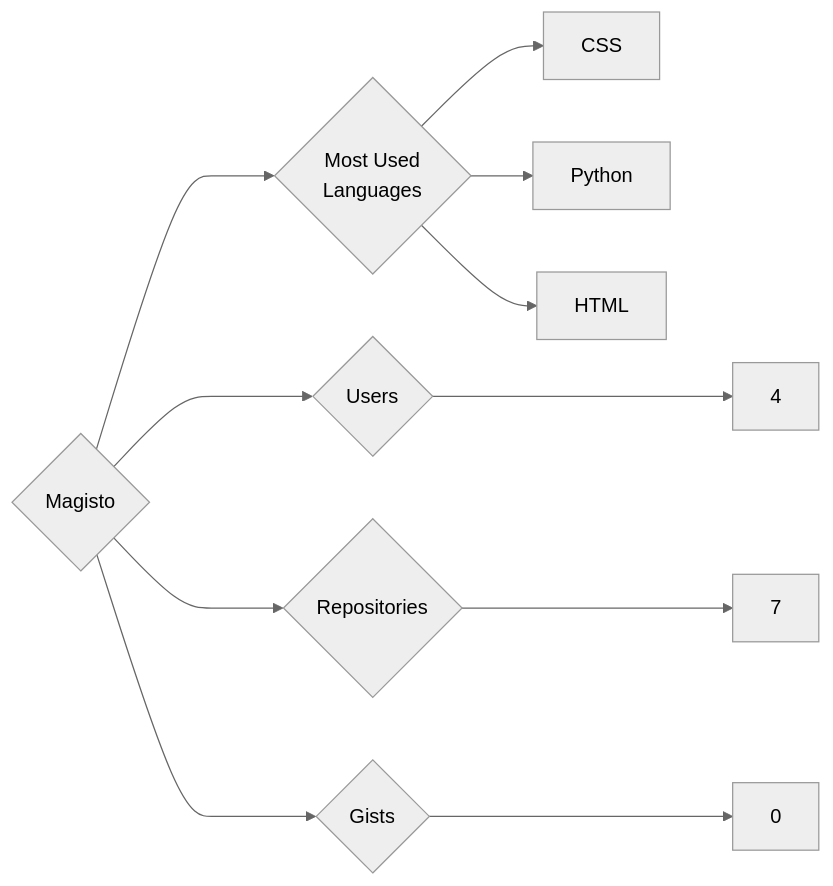
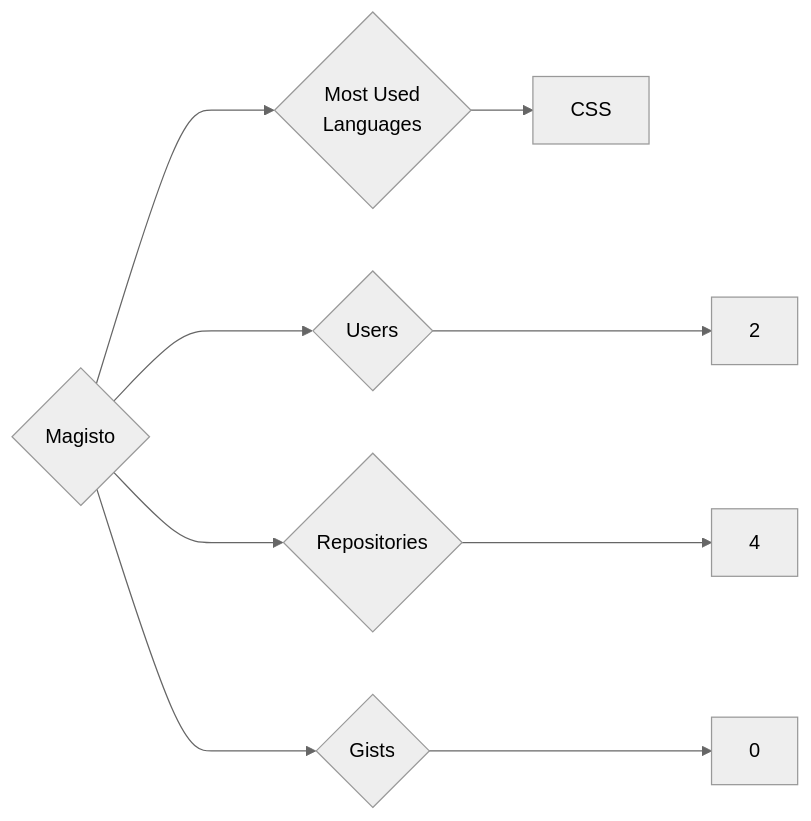
The diagram in targets/Magisto/README.md (trickest/insiders), drawn with Mermaid (neutral theme) before and after one commit. The commit also changed 823 other files, not shown here.

````diff
--- a/targets/Magisto/README.md
+++ b/targets/Magisto/README.md
@@ -3,11 +3,9 @@
 ```mermaid
 graph LR
 COMPANY_NAME{Magisto}
-COMPANY_NAME ---> U{Users} ---> UN[4]
-COMPANY_NAME ---> R{Repositories} ---> RN[7]
+COMPANY_NAME ---> U{Users} ---> UN[2]
+COMPANY_NAME ---> R{Repositories} ---> RN[4]
 COMPANY_NAME ---> G{Gists} ---> GN[0]
 COMPANY_NAME ---> ML{Most Used<br>Languages}
 ML --> CSS[CSS]
-ML --> Python[Python]
-ML --> HTML[HTML]
 ```
````
